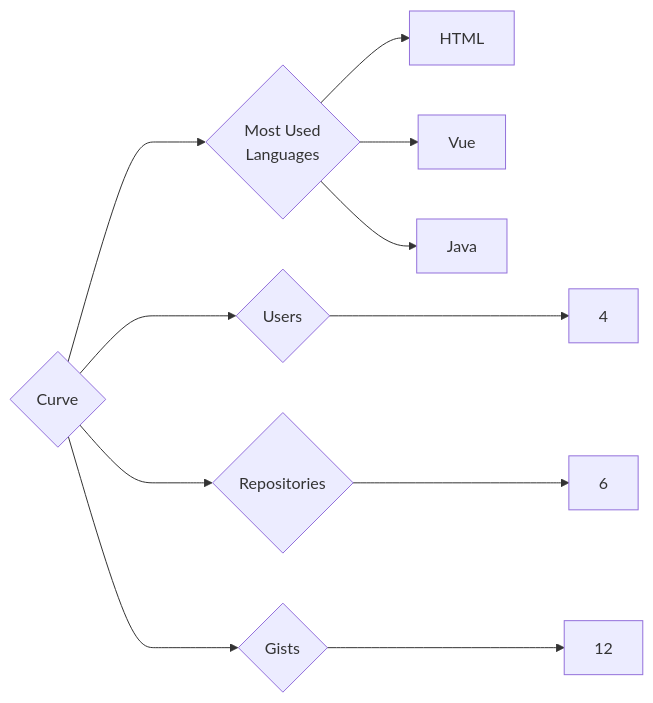
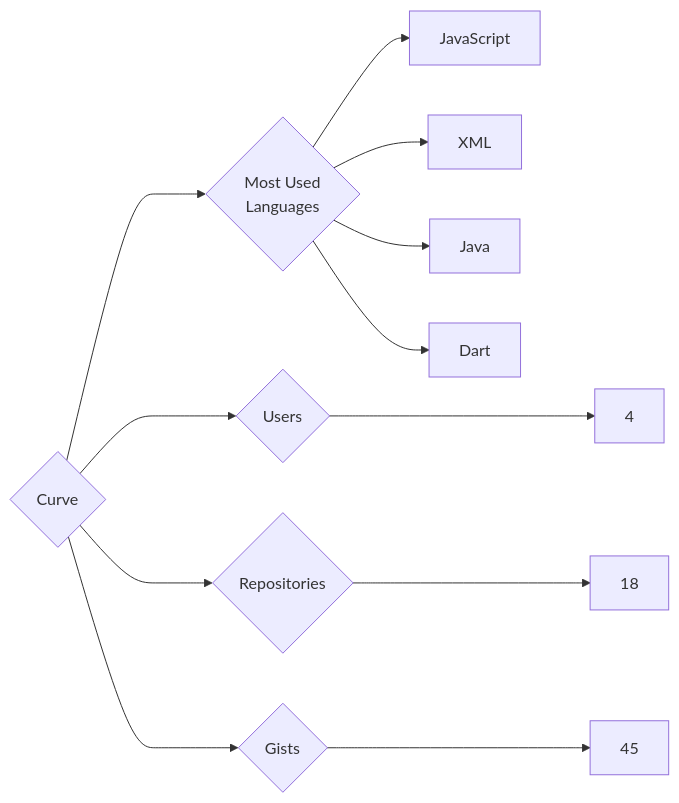
The diagram in targets/Curve/README.md (trickest/insiders), drawn with Mermaid before and after one commit. The commit also changed 912 other files, not shown here.

````diff
--- a/targets/Curve/README.md
+++ b/targets/Curve/README.md
@@ -3,11 +3,12 @@
 ```mermaid
 graph LR
 COMPANY_NAME{Curve}
 COMPANY_NAME ---> U{Users} ---> UN[4]
-COMPANY_NAME ---> R{Repositories} ---> RN[6]
-COMPANY_NAME ---> G{Gists} ---> GN[12]
+COMPANY_NAME ---> R{Repositories} ---> RN[18]
+COMPANY_NAME ---> G{Gists} ---> GN[45]
 COMPANY_NAME ---> ML{Most Used<br>Languages}
-ML --> HTML[HTML]
-ML --> Vue[Vue]
+ML --> JavaScript[JavaScript]
+ML --> XML[XML]
 ML --> Java[Java]
+ML --> Dart[Dart]
 ```
````
